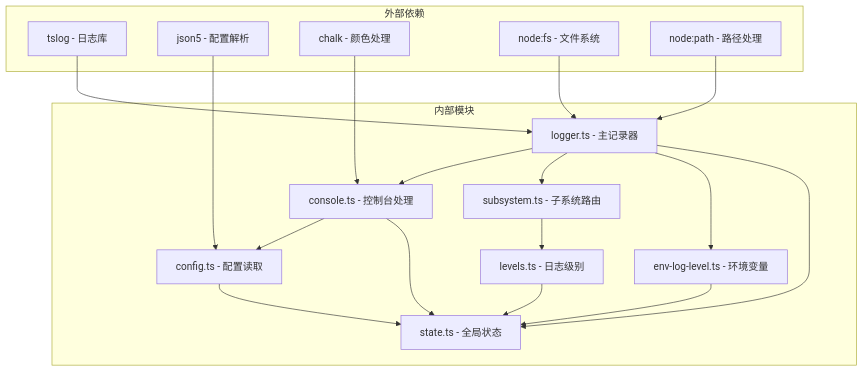
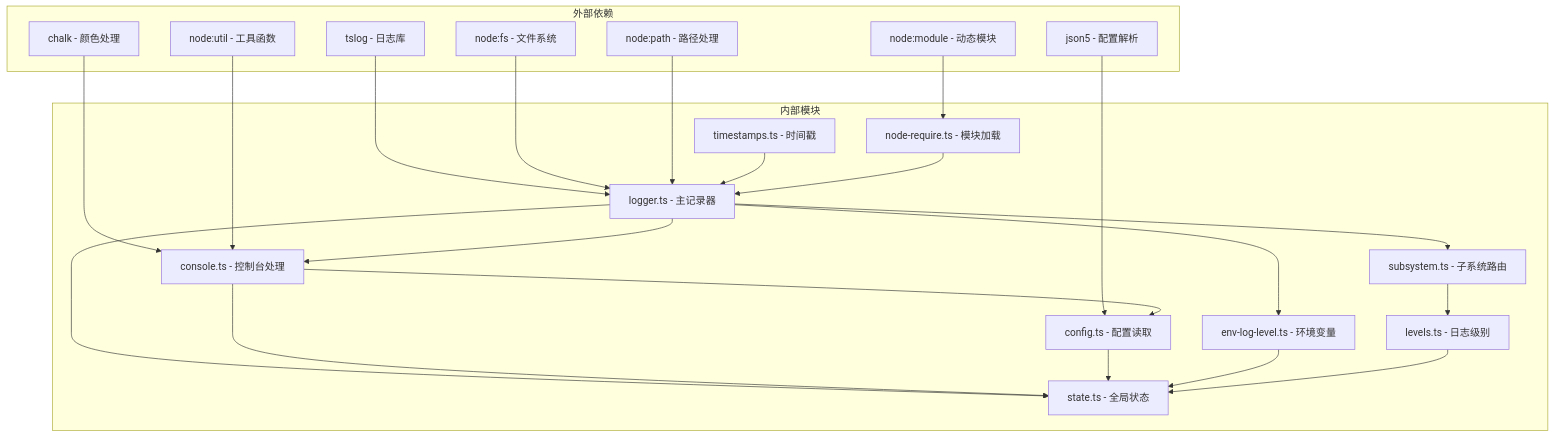
The sixth of 6 diagrams in .qoder/repowiki/zh/content/Temporary Logging Enhancement.md (verse-ai-org/openclaw), drawn with Mermaid before and after one commit. The commit also changed other lines of this file and 35 other files, not shown here.

````diff
--- a/.qoder/repowiki/zh/content/Temporary Logging Enhancement.md
+++ b/.qoder/repowiki/zh/content/Temporary Logging Enhancement.md
@@ -275,34 +291,42 @@
 ```mermaid
 graph TD
 subgraph "外部依赖"
 A[tslog - 日志库]
 B[json5 - 配置解析]
 C[chalk - 颜色处理]
 D[node:fs - 文件系统]
 E[node:path - 路径处理]
+F[node:util - 工具函数]
+G[node:module - 动态模块]
 end
 subgraph "内部模块"
-F[logger.ts - 主记录器]
-G[console.ts - 控制台处理]
-H[subsystem.ts - 子系统路由]
-I[config.ts - 配置读取]
-J[env-log-level.ts - 环境变量]
-K[state.ts - 全局状态]
-L[levels.ts - 日志级别]
+H[logger.ts - 主记录器]
+I[console.ts - 控制台处理]
+J[subsystem.ts - 子系统路由]
+K[config.ts - 配置读取]
+L[env-log-level.ts - 环境变量]
+M[state.ts - 全局状态]
+N[levels.ts - 日志级别]
+O[timestamps.ts - 时间戳]
+P[node-require.ts - 模块加载]
 end
-A --> F
-B --> I
-C --> G
-D --> F
-E --> F
-F --> G
-F --> H
-F --> J
-F --> K
-G --> I
-G --> K
+A --> H
+B --> K
+C --> I
+D --> H
+E --> H
+F --> I
+G --> P
+H --> I
+H --> J
 H --> L
+H --> M
 I --> K
-J --> K
-L --> K
+I --> M
+J --> N
+K --> M
+L --> M
+N --> M
+O --> H
+P --> H
 ```
````
